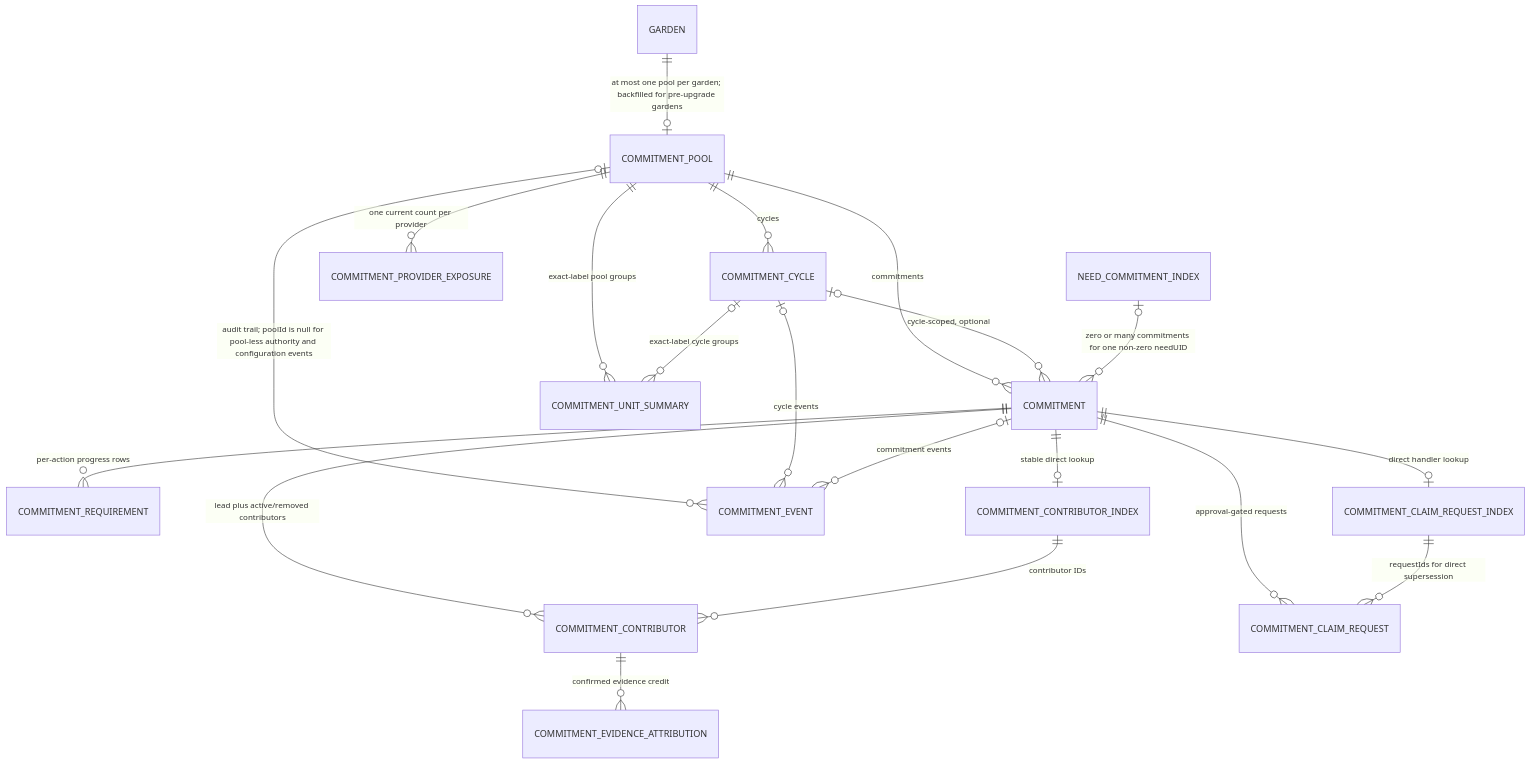
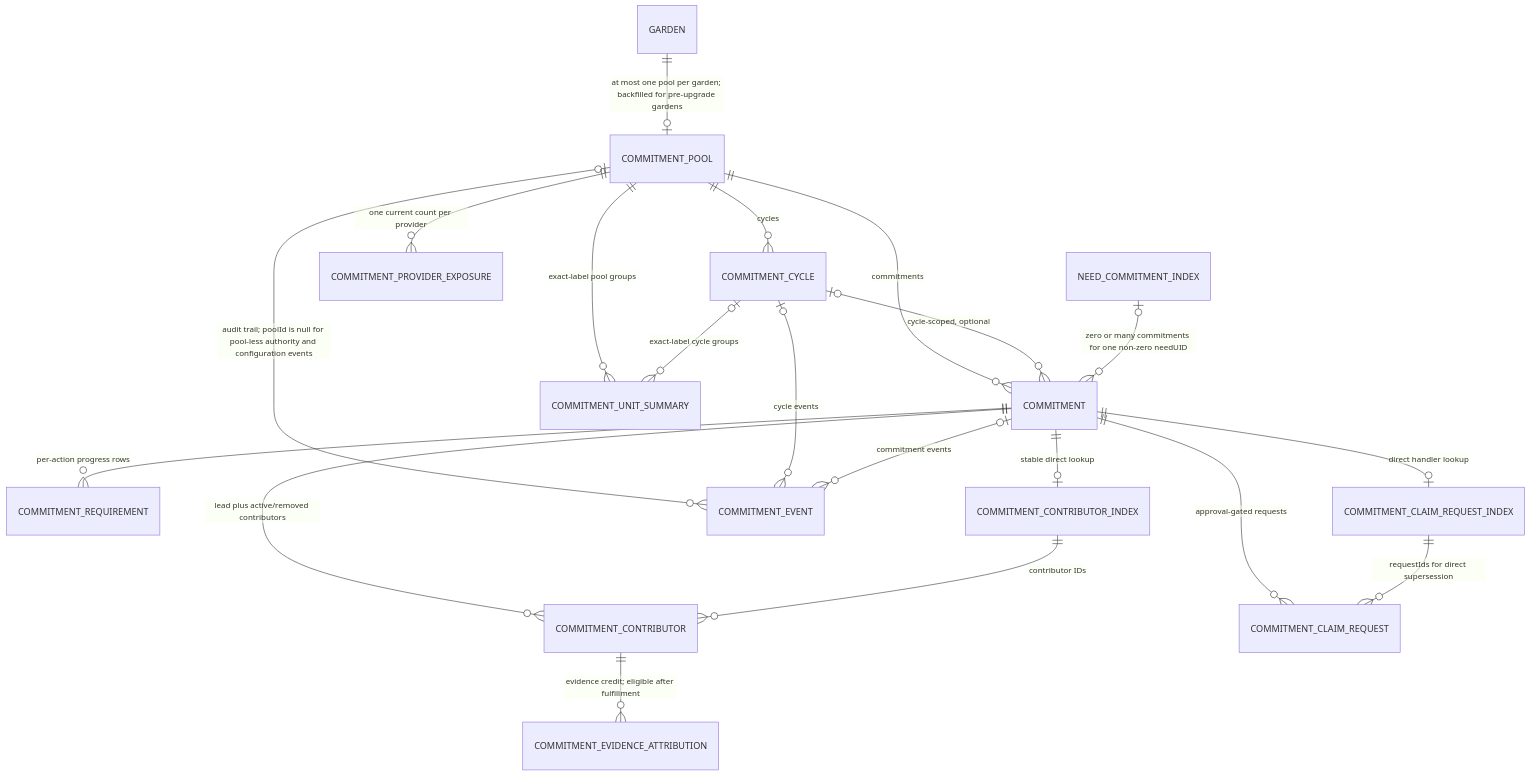
Diagram 14 of 35 in .plans/active/commitment-pooling/diagrams.md (greenpill-dev-guild/green-goods), drawn with Mermaid before and after one commit. The commit also changed other lines of this file and 34 other files, not shown here.

````diff
--- a/.plans/active/commitment-pooling/diagrams.md
+++ b/.plans/active/commitment-pooling/diagrams.md
@@ -638,22 +638,22 @@
 ```mermaid
 erDiagram
   GARDEN ||--o| COMMITMENT_POOL : "at most one pool per garden; backfilled for pre-upgrade gardens"
   COMMITMENT_POOL ||--o{ COMMITMENT_CYCLE : "cycles"
   COMMITMENT_POOL ||--o{ COMMITMENT : "commitments"
   COMMITMENT_CYCLE |o--o{ COMMITMENT : "cycle-scoped, optional"
   COMMITMENT ||--o{ COMMITMENT_REQUIREMENT : "per-action progress rows"
   COMMITMENT ||--o{ COMMITMENT_CONTRIBUTOR : "lead plus active/removed contributors"
   COMMITMENT ||--o| COMMITMENT_CONTRIBUTOR_INDEX : "stable direct lookup"
   COMMITMENT_CONTRIBUTOR_INDEX ||--o{ COMMITMENT_CONTRIBUTOR : "contributor IDs"
-  COMMITMENT_CONTRIBUTOR ||--o{ COMMITMENT_EVIDENCE_ATTRIBUTION : "confirmed evidence credit"
+  COMMITMENT_CONTRIBUTOR ||--o{ COMMITMENT_EVIDENCE_ATTRIBUTION : "evidence credit; eligible after fulfillment"
   COMMITMENT_POOL |o--o{ COMMITMENT_EVENT : "audit trail; poolId is null for pool-less authority and configuration events"
   COMMITMENT_CYCLE |o--o{ COMMITMENT_EVENT : "cycle events"
   COMMITMENT |o--o{ COMMITMENT_EVENT : "commitment events"
   COMMITMENT ||--o{ COMMITMENT_CLAIM_REQUEST : "approval-gated requests"
   COMMITMENT ||--o| COMMITMENT_CLAIM_REQUEST_INDEX : "direct handler lookup"
   COMMITMENT_CLAIM_REQUEST_INDEX ||--o{ COMMITMENT_CLAIM_REQUEST : "requestIds for direct supersession"
   COMMITMENT_POOL ||--o{ COMMITMENT_UNIT_SUMMARY : "exact-label pool groups"
   COMMITMENT_CYCLE |o--o{ COMMITMENT_UNIT_SUMMARY : "exact-label cycle groups"
   COMMITMENT_POOL ||--o{ COMMITMENT_PROVIDER_EXPOSURE : "one current count per provider"
   NEED_COMMITMENT_INDEX |o--o{ COMMITMENT : "zero or many commitments for one non-zero needUID"
 ```
````
